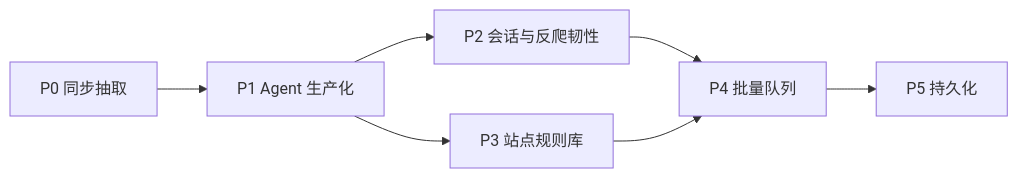
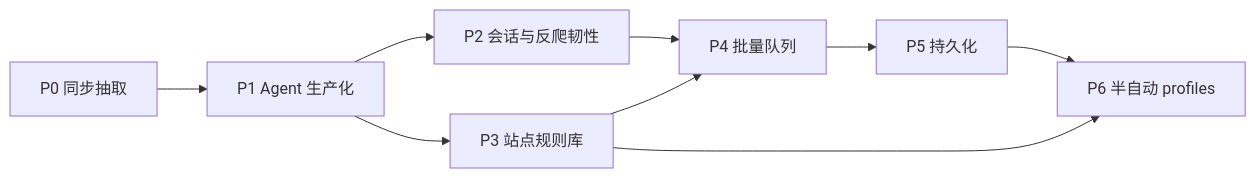
The diagram in docs/DESIGN.md (Ever12349/arachne), drawn with Mermaid before and after one commit. The commit also changed other lines of this file and 14 other files, not shown here.

````diff
--- a/docs/DESIGN.md
+++ b/docs/DESIGN.md
@@ -533,9 +621,11 @@
 ```mermaid
 flowchart LR
   P0[P0 同步抽取] --> P1[P1 Agent 生产化]
   P1 --> P2[P2 会话与反爬韧性]
   P1 --> P3[P3 站点规则库]
   P2 --> P4[P4 批量队列]
   P3 --> P4
   P4 --> P5[P5 持久化]
+  P3 --> P6[P6 半自动 profiles]
+  P5 --> P6
 ```
````
